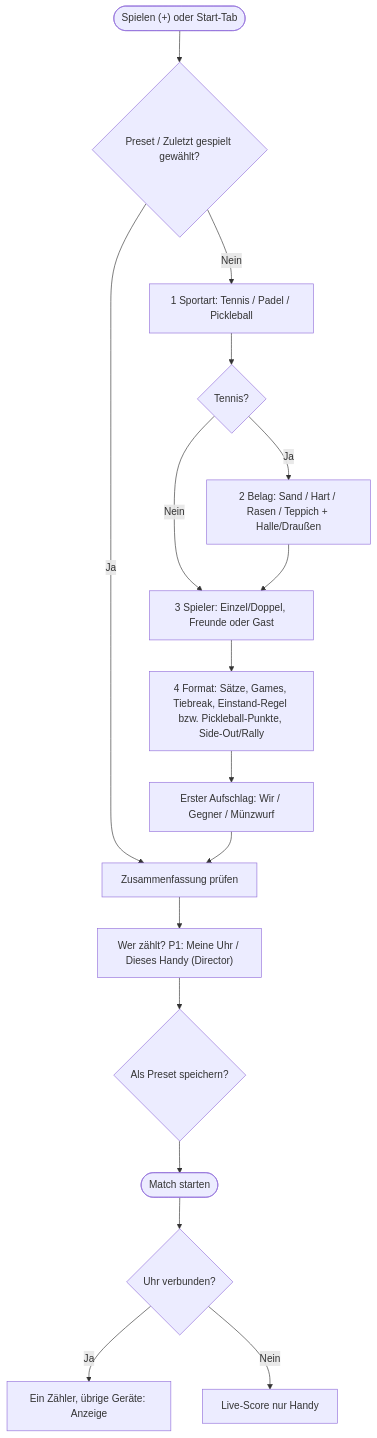
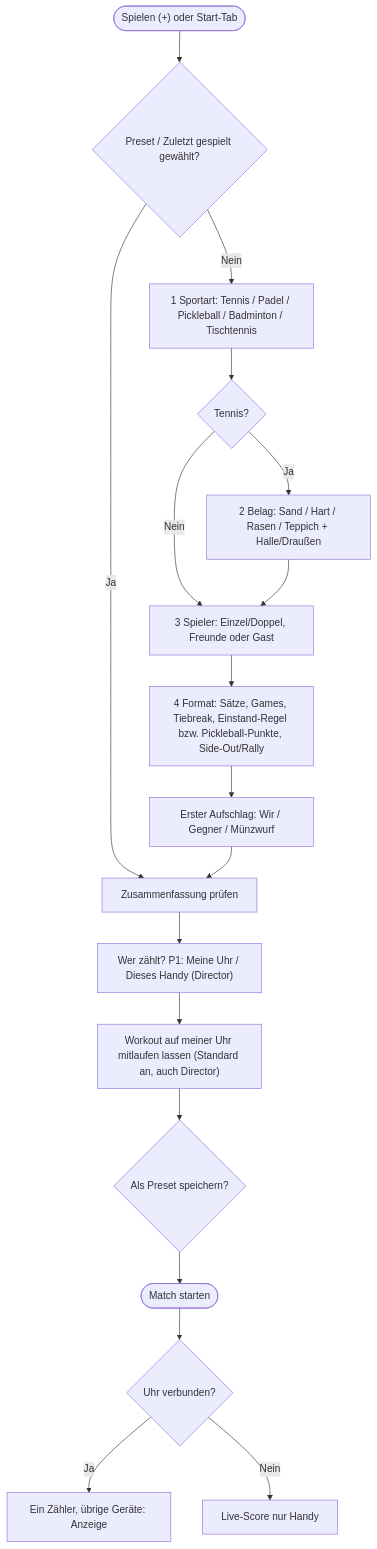
One commit to thealextd1337-spec/racketone changed the second of 6 diagrams in docs/04-ux-design.md. Above: the diagram before and after it, drawn with Mermaid. The commit also changed other lines of this file and 4 other files, not shown here.

````diff
--- a/docs/04-ux-design.md
+++ b/docs/04-ux-design.md
@@ -133,19 +133,20 @@
 ```mermaid
 flowchart TD
   S0(["Spielen (+) oder Start-Tab"]) --> Q{"Preset / Zuletzt gespielt gewählt?"}
   Q -- "Ja" --> SUM["Zusammenfassung prüfen"]
-  Q -- "Nein" --> S1["1 Sportart: Tennis / Padel / Pickleball"]
+  Q -- "Nein" --> S1["1 Sportart: Tennis / Padel / Pickleball / Badminton / Tischtennis"]
   S1 --> T{"Tennis?"}
   T -- "Ja" --> S2["2 Belag: Sand / Hart / Rasen / Teppich + Halle/Draußen"]
   T -- "Nein" --> S3
   S2 --> S3["3 Spieler: Einzel/Doppel, Freunde oder Gast"]
   S3 --> S4["4 Format: Sätze, Games, Tiebreak, Einstand-Regel bzw. Pickleball-Punkte, Side-Out/Rally"]
   S4 --> SRV["Erster Aufschlag: Wir / Gegner / Münzwurf"]
   SRV --> SUM
   SUM --> WHO["Wer zählt? P1: Meine Uhr / Dieses Handy (Director)"]
-  WHO --> PRE{"Als Preset speichern?"}
+  WHO --> WORK["Workout auf meiner Uhr mitlaufen lassen (Standard an, auch Director)"]
+  WORK --> PRE{"Als Preset speichern?"}
   PRE --> START(["Match starten"])
   START --> W{"Uhr verbunden?"}
   W -- "Ja" --> BOTH["Ein Zähler, übrige Geräte: Anzeige"]
   W -- "Nein" --> PH["Live-Score nur Handy"]
 ```
````
